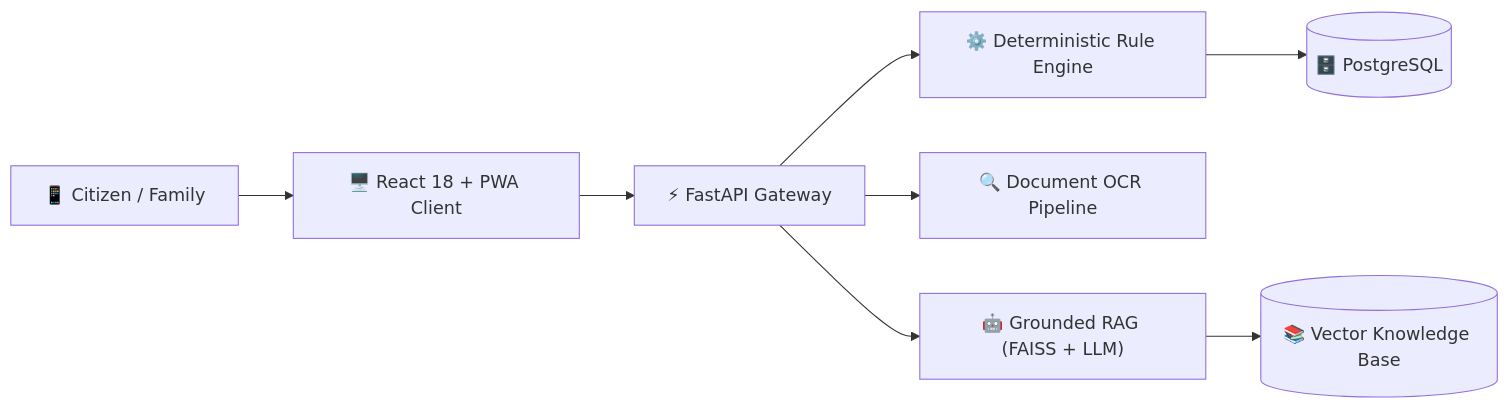
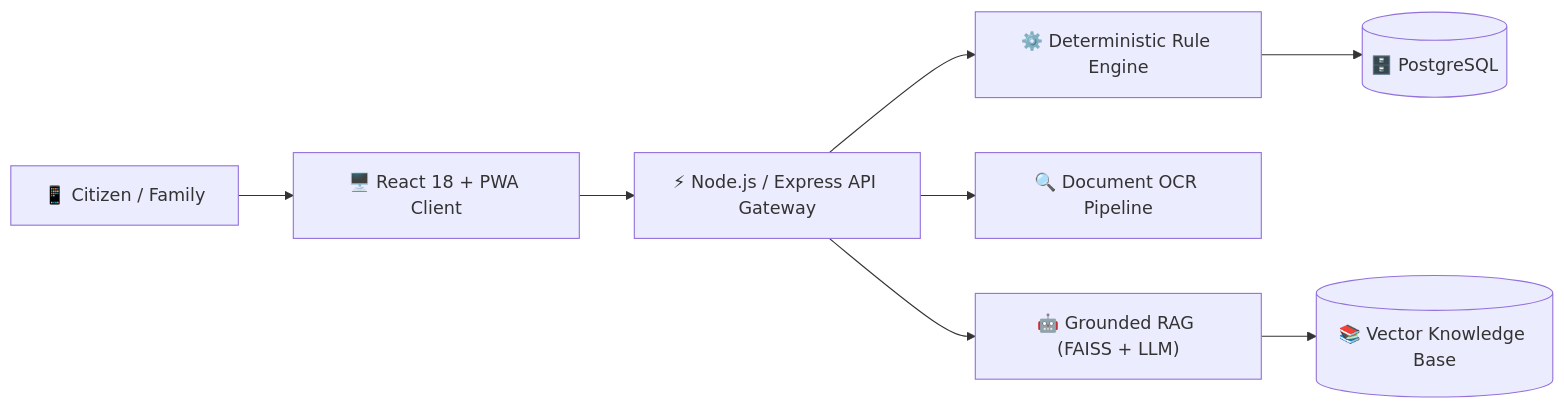
The diagram in README.md (ABHINAVJINDAL26/Sarthi_goverment_scheme), drawn with Mermaid before and after one commit. The commit also changed other lines of this file, not shown here.

Commit message:
docs: update backend tech stack to Node.js, Express, TypeScript and Prisma

````diff
--- a/README.md
+++ b/README.md
@@ -40,10 +40,10 @@
 ```mermaid
 graph LR
     User["📱 Citizen / Family"] --> UI["🖥️ React 18 + PWA Client"]
-    UI --> API["⚡ FastAPI Gateway"]
+    UI --> API["⚡ Node.js / Express API Gateway"]
     API --> RuleEngine["⚙️ Deterministic Rule Engine"]
     API --> OCR["🔍 Document OCR Pipeline"]
     API --> RAG["🤖 Grounded RAG (FAISS + LLM)"]
     RuleEngine --> DB[("🗄️ PostgreSQL")]
     RAG --> VectorStore[("📚 Vector Knowledge Base")]
 ```
````
